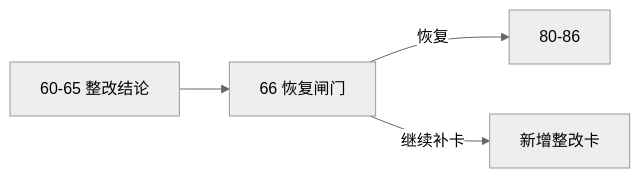
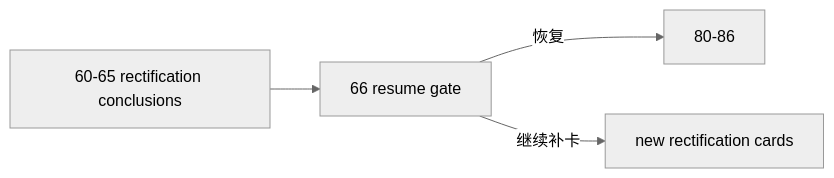
Before and after one commit to everything-is-simple/lifespan-0.01: the diagram in docs/03-execution/66-mainline-rectification-resume-gate-card-20260415.md, drawn with Mermaid (neutral theme). The commit also changed other lines of this file and 25 other files, not shown here.

````diff
--- a/docs/03-execution/66-mainline-rectification-resume-gate-card-20260415.md
+++ b/docs/03-execution/66-mainline-rectification-resume-gate-card-20260415.md
@@ -53,6 +54,6 @@
 ```mermaid
 flowchart LR
-    C60["60-65 整改结论"] --> G66["66 恢复闸门"]
+    C60["60-65 rectification conclusions"] --> G66["66 resume gate"]
     G66 -->|恢复| C80["80-86"]
-    G66 -->|继续补卡| FIX["新增整改卡"]
+    G66 -->|继续补卡| FIX["new rectification cards"]
 ```
````
